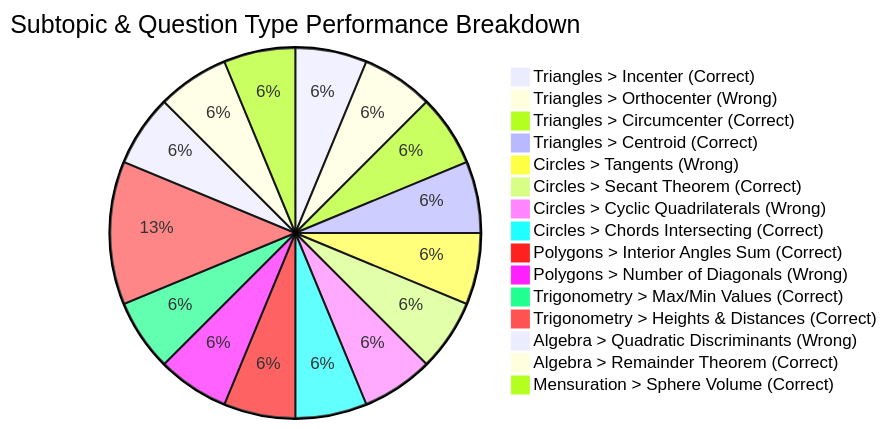
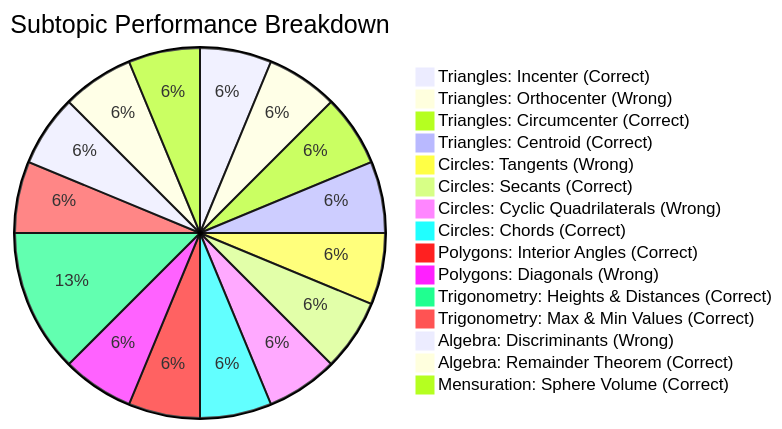
Before and after one commit to skc-coder/SAGE: the third of 3 diagrams in content/cds/elementary-mathematics/elementary_mathematics_overview.md, drawn with Mermaid. The commit also changed other lines of this file and 1 other file, not shown here.

Commit message:
feat(skill): group subtopics sequentially by parent topic in pie charts for topic-based color shading
- Update SKILL.md specification to group subtopics under their parent topic prefix (e.g. 'Triangles: Incenter', 'Triangles: Orthocenter') so Mermaid applies contiguous matching color palette shades
- Update elementary_mathematics_overview.md pie chart with topic-grouped subtopics and status markers

````diff
--- a/content/cds/elementary-mathematics/elementary_mathematics_overview.md
+++ b/content/cds/elementary-mathematics/elementary_mathematics_overview.md
@@ -31,18 +31,18 @@
 ```mermaid
-pie title Subtopic & Question Type Performance Breakdown
-    "Triangles > Incenter (Correct)" : 1
-    "Triangles > Orthocenter (Wrong)" : 1
-    "Triangles > Circumcenter (Correct)" : 1
-    "Triangles > Centroid (Correct)" : 1
-    "Circles > Tangents (Wrong)" : 1
-    "Circles > Secant Theorem (Correct)" : 1
-    "Circles > Cyclic Quadrilaterals (Wrong)" : 1
-    "Circles > Chords Intersecting (Correct)" : 1
-    "Polygons > Interior Angles Sum (Correct)" : 1
-    "Polygons > Number of Diagonals (Wrong)" : 1
-    "Trigonometry > Max/Min Values (Correct)" : 1
-    "Trigonometry > Heights & Distances (Correct)" : 2
-    "Algebra > Quadratic Discriminants (Wrong)" : 1
-    "Algebra > Remainder Theorem (Correct)" : 1
-    "Mensuration > Sphere Volume (Correct)" : 1
+pie title Subtopic Performance Breakdown
+    "Triangles: Incenter (Correct)" : 1
+    "Triangles: Orthocenter (Wrong)" : 1
+    "Triangles: Circumcenter (Correct)" : 1
+    "Triangles: Centroid (Correct)" : 1
+    "Circles: Tangents (Wrong)" : 1
+    "Circles: Secants (Correct)" : 1
+    "Circles: Cyclic Quadrilaterals (Wrong)" : 1
+    "Circles: Chords (Correct)" : 1
+    "Polygons: Interior Angles (Correct)" : 1
+    "Polygons: Diagonals (Wrong)" : 1
+    "Trigonometry: Heights & Distances (Correct)" : 2
+    "Trigonometry: Max & Min Values (Correct)" : 1
+    "Algebra: Discriminants (Wrong)" : 1
+    "Algebra: Remainder Theorem (Correct)" : 1
+    "Mensuration: Sphere Volume (Correct)" : 1
 ```
````
